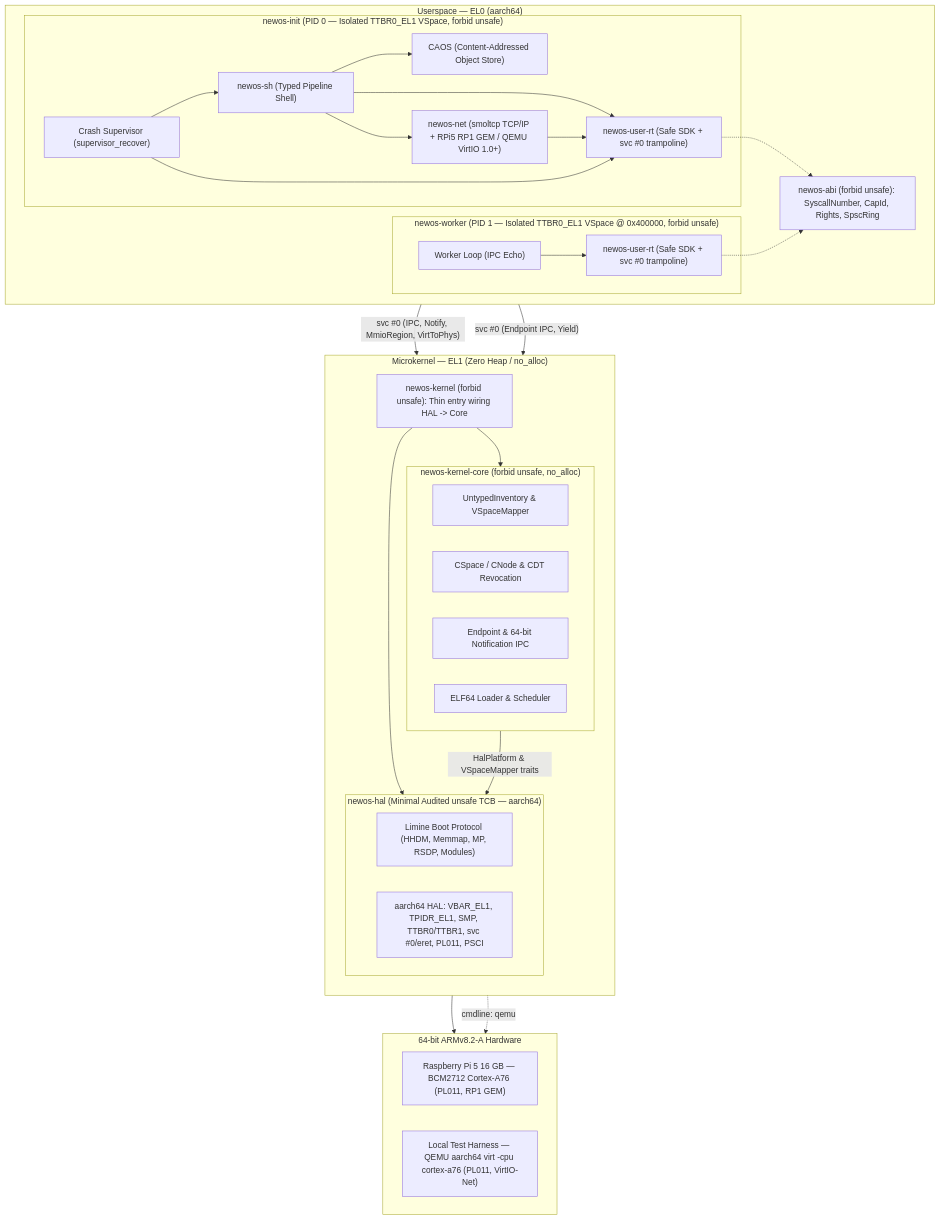
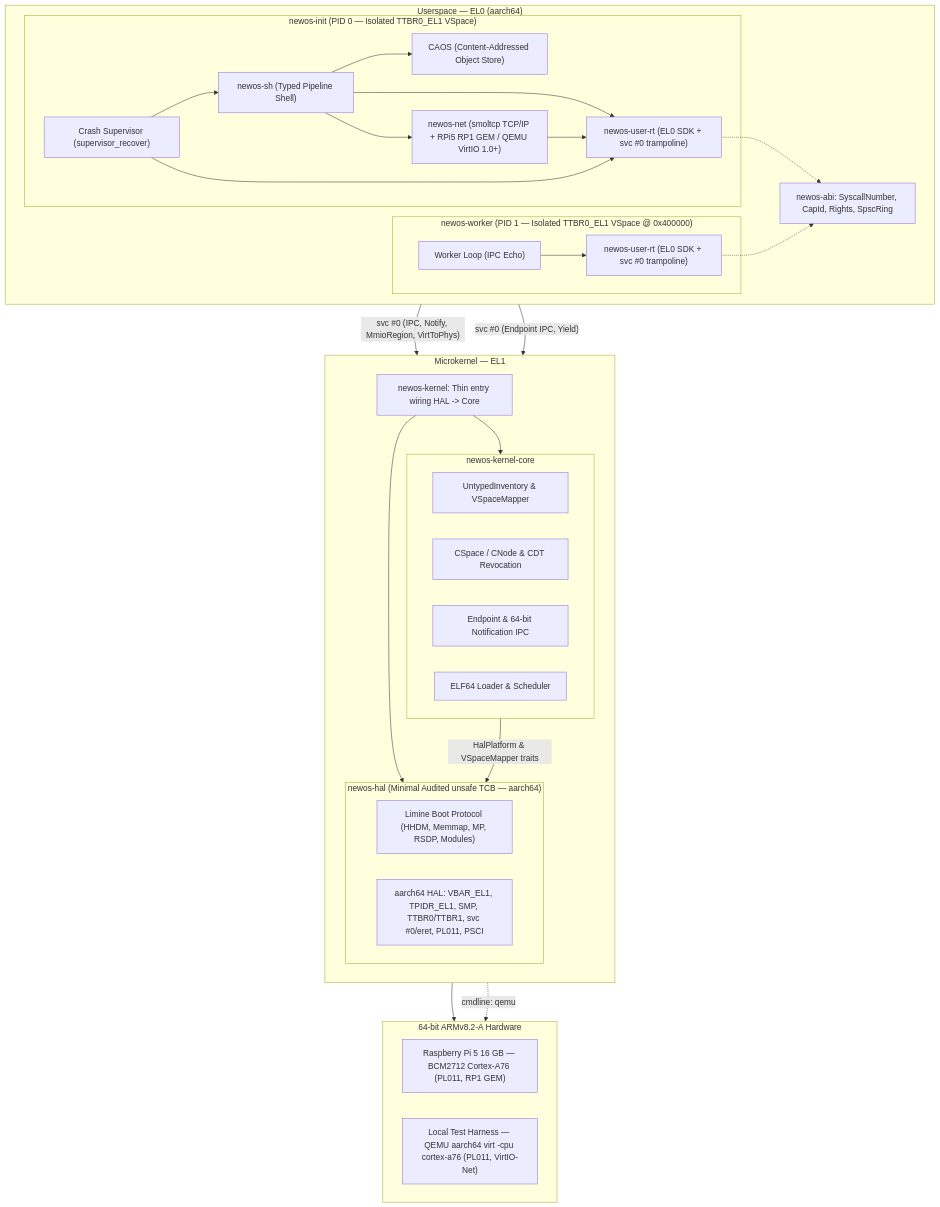
The first of 2 diagrams in README.md (laurentgrangeau/newos), drawn with Mermaid before and after one commit. The commit also changed other lines of this file and 74 other files, not shown here.

````diff
--- a/README.md
+++ b/README.md
@@ -40,64 +40,64 @@
 ```mermaid
 flowchart TB
     subgraph Userspace["Userspace — EL0 (aarch64)"]
         direction LR
 
-        subgraph InitProc["newos-init (PID 0 — Isolated TTBR0_EL1 VSpace, forbid unsafe)"]
+        subgraph InitProc["newos-init (PID 0 — Isolated TTBR0_EL1 VSpace)"]
             Shell["newos-sh (Typed Pipeline Shell)"]
             CAOS["CAOS (Content-Addressed Object Store)"]
             Sup["Crash Supervisor (supervisor_recover)"]
             Net["newos-net (smoltcp TCP/IP + RPi5 RP1 GEM / QEMU VirtIO 1.0+)"]
-            InitRT["newos-user-rt (Safe SDK + svc #0 trampoline)"]
+            InitRT["newos-user-rt (EL0 SDK + svc #0 trampoline)"]
             Shell --> CAOS
             Shell --> Net
             Sup --> Shell
             Shell --> InitRT
             Net --> InitRT
             Sup --> InitRT
         end
 
-        subgraph WorkerProc["newos-worker (PID 1 — Isolated TTBR0_EL1 VSpace @ 0x400000, forbid unsafe)"]
+        subgraph WorkerProc["newos-worker (PID 1 — Isolated TTBR0_EL1 VSpace @ 0x400000)"]
             WorkerMain["Worker Loop (IPC Echo)"]
-            WorkerRT["newos-user-rt (Safe SDK + svc #0 trampoline)"]
+            WorkerRT["newos-user-rt (EL0 SDK + svc #0 trampoline)"]
             WorkerMain --> WorkerRT
         end
 
-        ABI["newos-abi (forbid unsafe): SyscallNumber, CapId, Rights, SpscRing"]
+        ABI["newos-abi: SyscallNumber, CapId, Rights, SpscRing"]
         InitRT -.-> ABI
         WorkerRT -.-> ABI
     end
 
-    subgraph Kernel["Microkernel — EL1 (Zero Heap / no_alloc)"]
+    subgraph Kernel["Microkernel — EL1"]
         direction TB
-        KernelBin["newos-kernel (forbid unsafe): Thin entry wiring HAL -> Core"]
+        KernelBin["newos-kernel: Thin entry wiring HAL -> Core"]
 
-        subgraph Core["newos-kernel-core (forbid unsafe, no_alloc)"]
+        subgraph Core["newos-kernel-core"]
             direction LR
             Mem["UntypedInventory & VSpaceMapper"]
             CSpace["CSpace / CNode & CDT Revocation"]
             IPC["Endpoint & 64-bit Notification IPC"]
             ELF["ELF64 Loader & Scheduler"]
         end
 
         subgraph HAL["newos-hal (Minimal Audited unsafe TCB — aarch64)"]
             direction LR
             Boot["Limine Boot Protocol (HHDM, Memmap, MP, RSDP, Modules)"]
             ARM["aarch64 HAL: VBAR_EL1, TPIDR_EL1, SMP, TTBR0/TTBR1, svc #0/eret, PL011, PSCI"]
         end
 
         KernelBin --> Core
         KernelBin --> HAL
         Core -- "HalPlatform & VSpaceMapper traits" --> HAL
     end
 
     subgraph HW["64-bit ARMv8.2-A Hardware"]
         direction LR
         HW_RPI5["Raspberry Pi 5 16 GB — BCM2712 Cortex-A76 (PL011, RP1 GEM)"]
         HW_QEMU["Local Test Harness — QEMU aarch64 virt -cpu cortex-a76 (PL011, VirtIO-Net)"]
     end
 
     InitRT -- "svc #0 (IPC, Notify, MmioRegion, VirtToPhys)" --> HAL
     WorkerRT -- "svc #0 (Endpoint IPC, Yield)" --> HAL
     ARM --> HW_RPI5
     ARM -. "cmdline: qemu" .-> HW_QEMU
 ```
````
